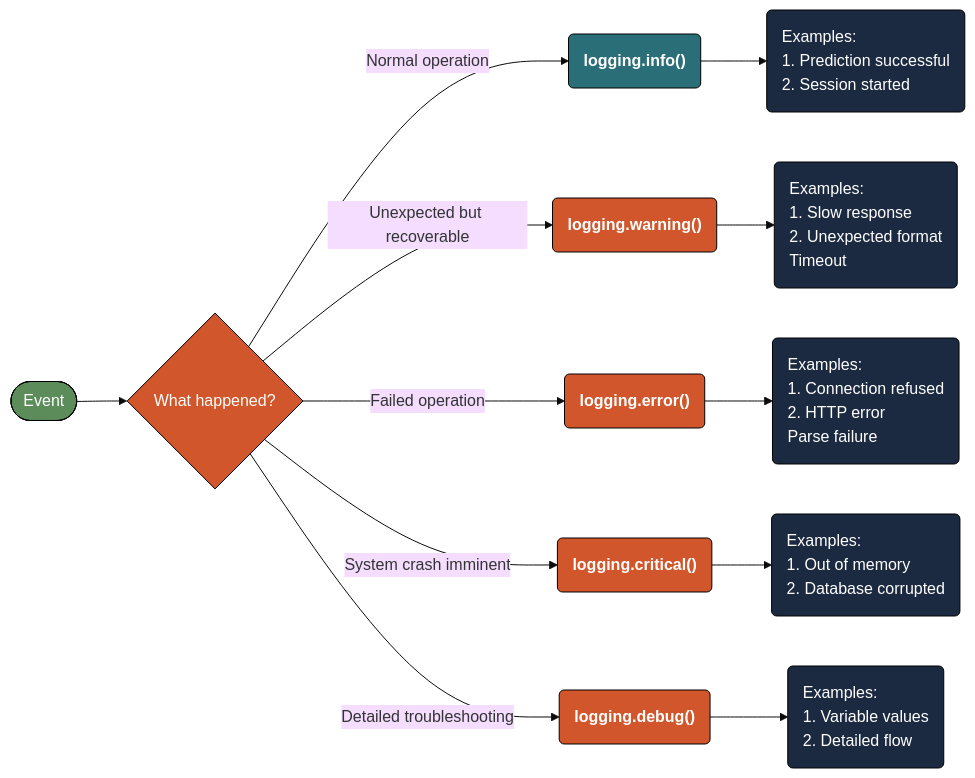
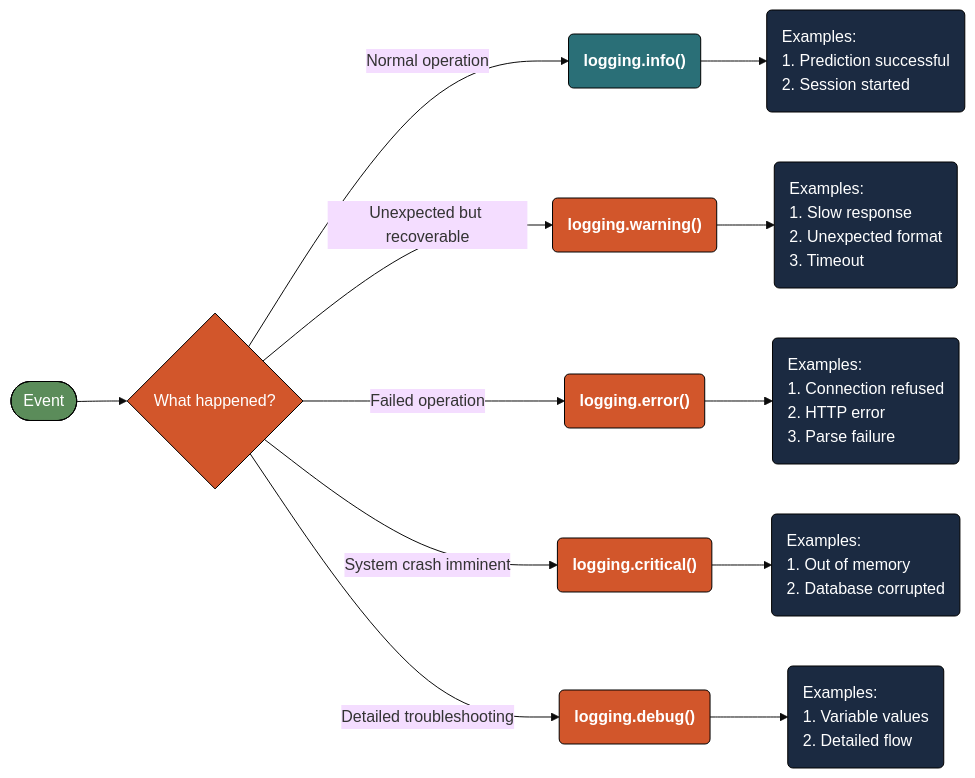
Diagram 13 of 15 in app-log-py.qmd (mjfrigaard/do4ds-labs), drawn with Mermaid before and after one commit. The commit also changed other lines of this file and 6 other files, not shown here.

Commit message:
Review lab04, app-log-py, app-log-r: fact fixes, real log output, diagram text, README API path

````diff
--- a/app-log-py.qmd
+++ b/app-log-py.qmd
@@ -1658,36 +1687,36 @@
 ```{mermaid}
 %%| fig-cap: 'Logging Levels Decision Tree'
 %%| fig-width: 7.0
 %%| fig-align: 'center'
 %%{init: {'theme': 'base', 'look': 'classic', 'themeVariables': {'fontFamily': 'monospace'}}}%%
 
 graph LR
     A(["Event"]) --> B{"What happened?"}
 
     B -->|Normal operation| C("<strong>logging.info()</strong>")
     B -->|Unexpected but recoverable| D("<strong>logging.warning()</strong>")
     B -->|Failed operation| E("<strong>logging.error()</strong>")
     B -->|System crash imminent| F("<strong>logging.critical()</strong>")
     B -->|Detailed troubleshooting| G("<strong>logging.debug()</strong>")
 
     C --> C1("Examples:<br>1. Prediction successful<br>2. Session started")
-    D --> D1("Examples:<br>1. Slow response<br>2. Unexpected format<br>Timeout")
-    E --> E1("Examples:<br>1. Connection refused<br>2. HTTP error<br>Parse failure")
+    D --> D1("Examples:<br>1. Slow response<br>2. Unexpected format<br>3. Timeout")
+    E --> E1("Examples:<br>1. Connection refused<br>2. HTTP error<br>3. Parse failure")
     F --> F1("Examples:<br>1. Out of memory<br>2. Database corrupted")
     G --> G1("Examples:<br>1. Variable values<br>2. Detailed flow")
 
     style A fill:#5B8C5A,stroke:#000000,stroke-width:1px,color:#ffffff
     style B fill:#D2562B,stroke:#000000,stroke-width:1px,color:#ffffff
     style C fill:#2A6F77,stroke:#000000,stroke-width:1px,color:#ffffff
     style D fill:#D2562B,stroke:#000000,stroke-width:1px,color:#ffffff
     style E fill:#D2562B,stroke:#000000,stroke-width:1px,color:#ffffff
     style F fill:#D2562B,stroke:#000000,stroke-width:1px,color:#ffffff
     style G fill:#D2562B,stroke:#000000,stroke-width:1px,color:#ffffff
     style C1 fill:#1B2A41,stroke:#000000,stroke-width:1px,color:#ffffff,text-align:left
     style D1 fill:#1B2A41,stroke:#000000,stroke-width:1px,color:#ffffff,text-align:left
     style E1 fill:#1B2A41,stroke:#000000,stroke-width:1px,color:#ffffff,text-align:left
     style F1 fill:#1B2A41,stroke:#000000,stroke-width:1px,color:#ffffff,text-align:left
     style G1 fill:#1B2A41,stroke:#000000,stroke-width:1px,color:#ffffff,text-align:left
     
     
 ```
````
